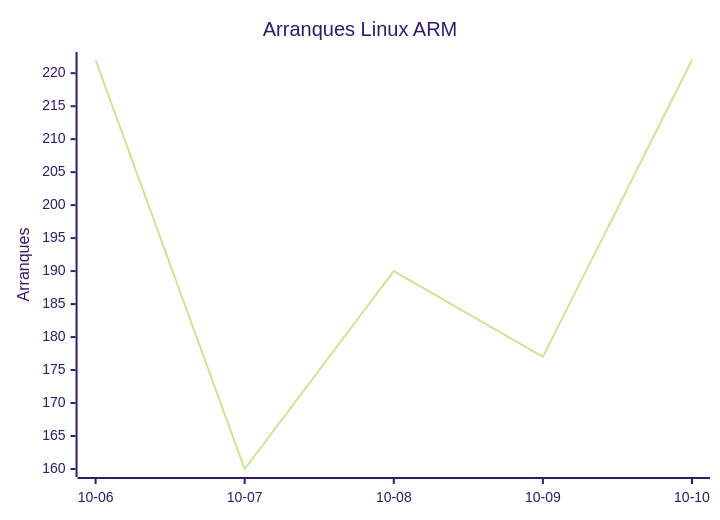
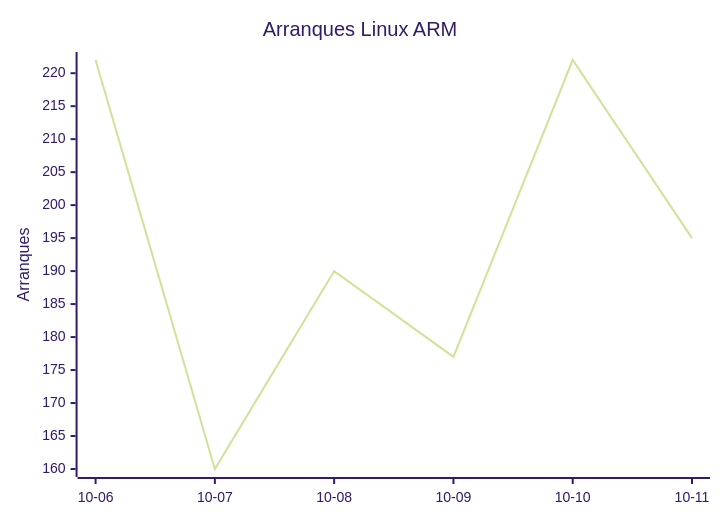
Before and after one commit to EmuDeck/stats: the second of 8 diagrams in README.md, drawn with Mermaid (forest theme). The commit also changed other lines of this file and 2 other files, not shown here.

````diff
--- a/README.md
+++ b/README.md
@@ -26,7 +26,7 @@
 ```mermaid
 xychart-beta
     title "Arranques Linux ARM"
-    x-axis ["10-06", "10-07", "10-08", "10-09", "10-10"]
+    x-axis ["10-06", "10-07", "10-08", "10-09", "10-10", "10-11"]
     y-axis "Arranques"
-    line [222, 160, 190, 177, 222]
+    line [222, 160, 190, 177, 222, 195]
 ```
````
